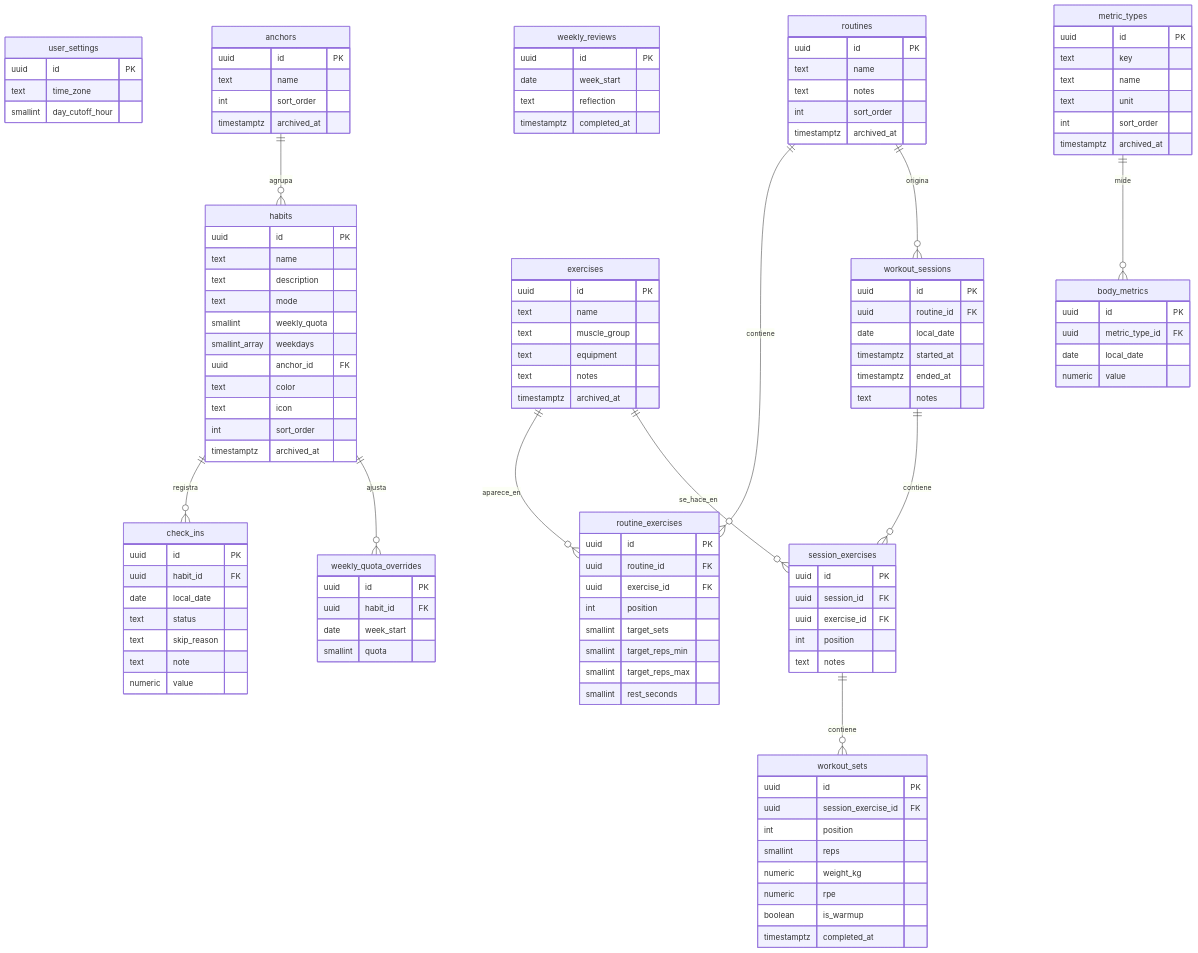
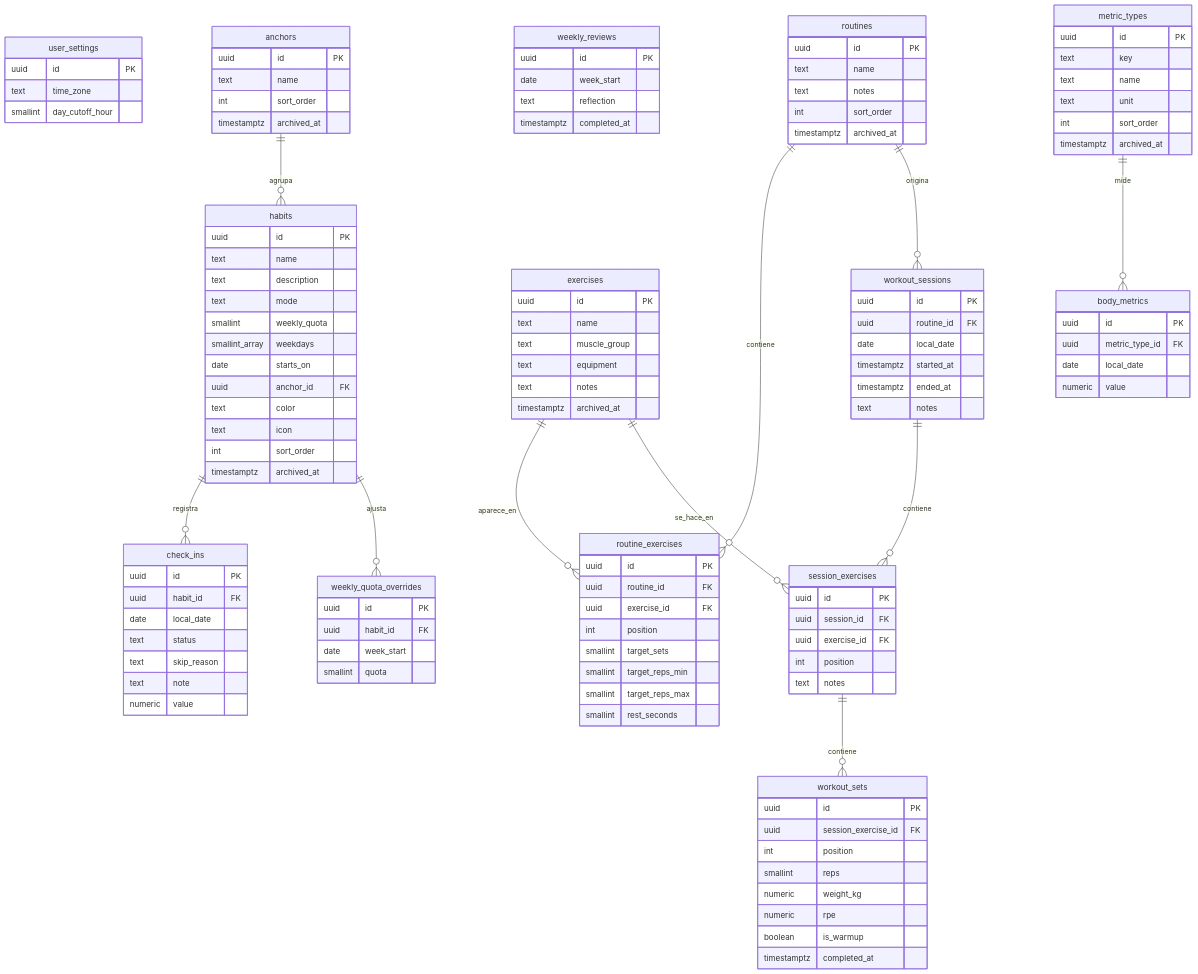
Before and after one commit to Mochytk/proyectos_personales: the diagram in App_Habit_Tracker/docs/modelo-de-datos.md, drawn with Mermaid. The commit also changed other lines of this file and 1 other file, not shown here.

```diff
--- a/App_Habit_Tracker/docs/modelo-de-datos.md
+++ b/App_Habit_Tracker/docs/modelo-de-datos.md
@@ -42,6 +42,7 @@
     text mode
     smallint weekly_quota
     smallint_array weekdays
+    date starts_on
     uuid anchor_id FK
     text color
     text icon
```
